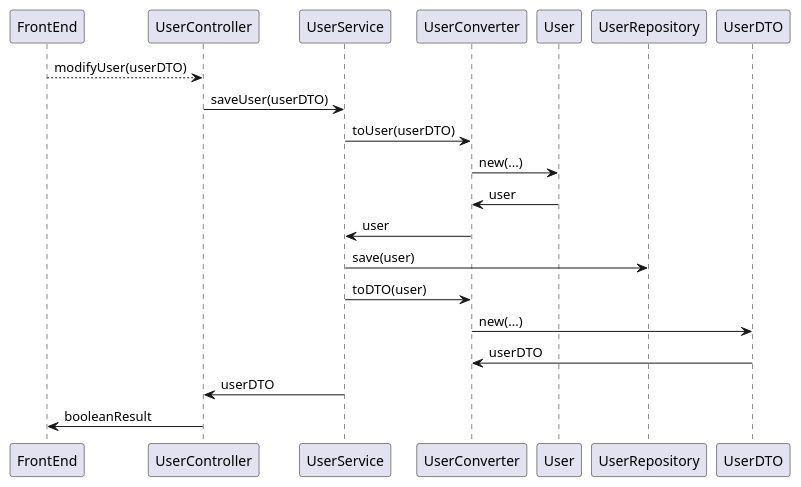
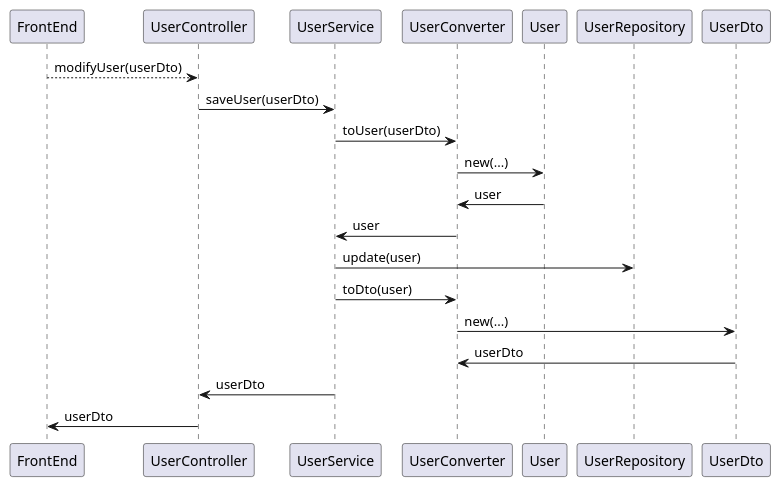
One commit to CangaRouter/ExGas changed the sixth of 13 diagrams in docs/DesignDocument.md. Above: the diagram before and after it, drawn with PlantUML. The commit also changed other lines of this file, not shown here.

Commit message:
Fix: minor modification to sequence diagrams

````diff
--- a/docs/DesignDocument.md
+++ b/docs/DesignDocument.md
@@ -589,16 +586,16 @@
 ```plantuml
 @startuml
-    FrontEnd --> UserController : modifyUser(userDTO)
-    UserController -> UserService: saveUser(userDTO)
-    UserService -> UserConverter: toUser(userDTO)
+    FrontEnd --> UserController : modifyUser(userDto)
+    UserController -> UserService: saveUser(userDto)
+    UserService -> UserConverter: toUser(userDto)
     UserConverter -> User: new(...)
     User -> UserConverter: user
     UserConverter -> UserService : user
-    UserService -> UserRepository: save(user)
-    UserService -> UserConverter: toDTO(user)
-    UserConverter -> UserDTO: new(...)
-    UserDTO -> UserConverter: userDTO
-    UserService -> UserController: userDTO
-    UserController -> FrontEnd: booleanResult
+    UserService -> UserRepository: update(user)
+    UserService -> UserConverter: toDto(user)
+    UserConverter -> UserDto: new(...)
+    UserDto -> UserConverter: userDto
+    UserService -> UserController: userDto
+    UserController -> FrontEnd: userDto
 @enduml
 ```
````
